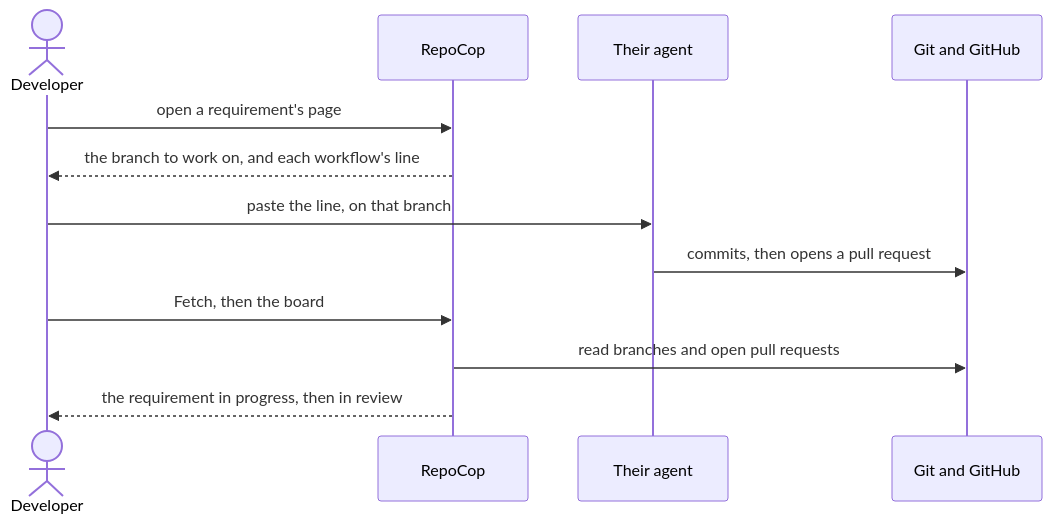
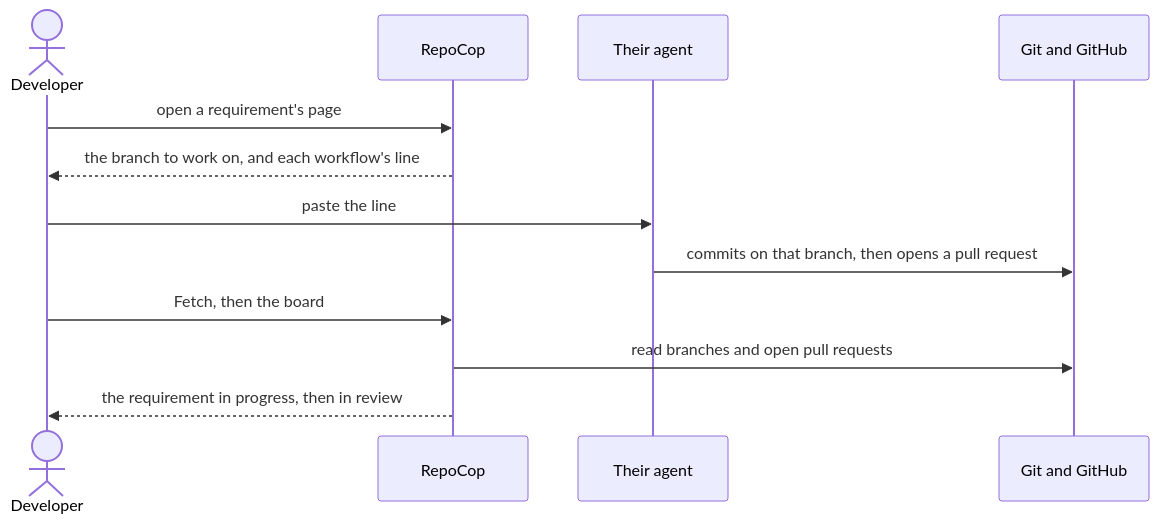
The third of 5 diagrams in specs/architecture.md (eliveikis/repocop), drawn with Mermaid before and after one commit. The commit also changed other lines of this file and 1 other file, not shown here.

Commit message:
Architecture update.

````diff
--- a/specs/architecture.md
+++ b/specs/architecture.md
@@ -167,14 +167,14 @@
 ```mermaid
 sequenceDiagram
     actor D as Developer
     participant R as RepoCop
     participant A as Their agent
     participant G as Git and GitHub
     D->>R: open a requirement's page
     R-->>D: the branch to work on, and each workflow's line
-    D->>A: paste the line, on that branch
-    A->>G: commits, then opens a pull request
+    D->>A: paste the line
+    A->>G: commits on that branch, then opens a pull request
     D->>R: Fetch, then the board
     R->>G: read branches and open pull requests
     R-->>D: the requirement in progress, then in review
 ```
````
